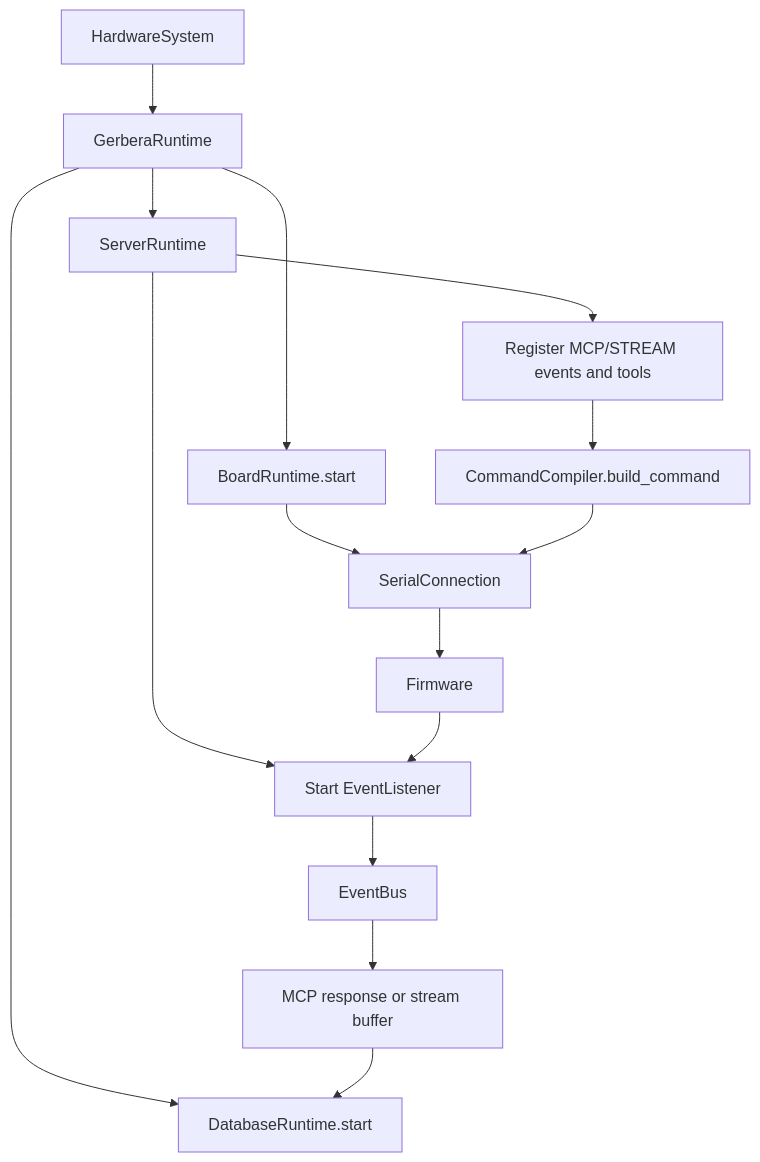
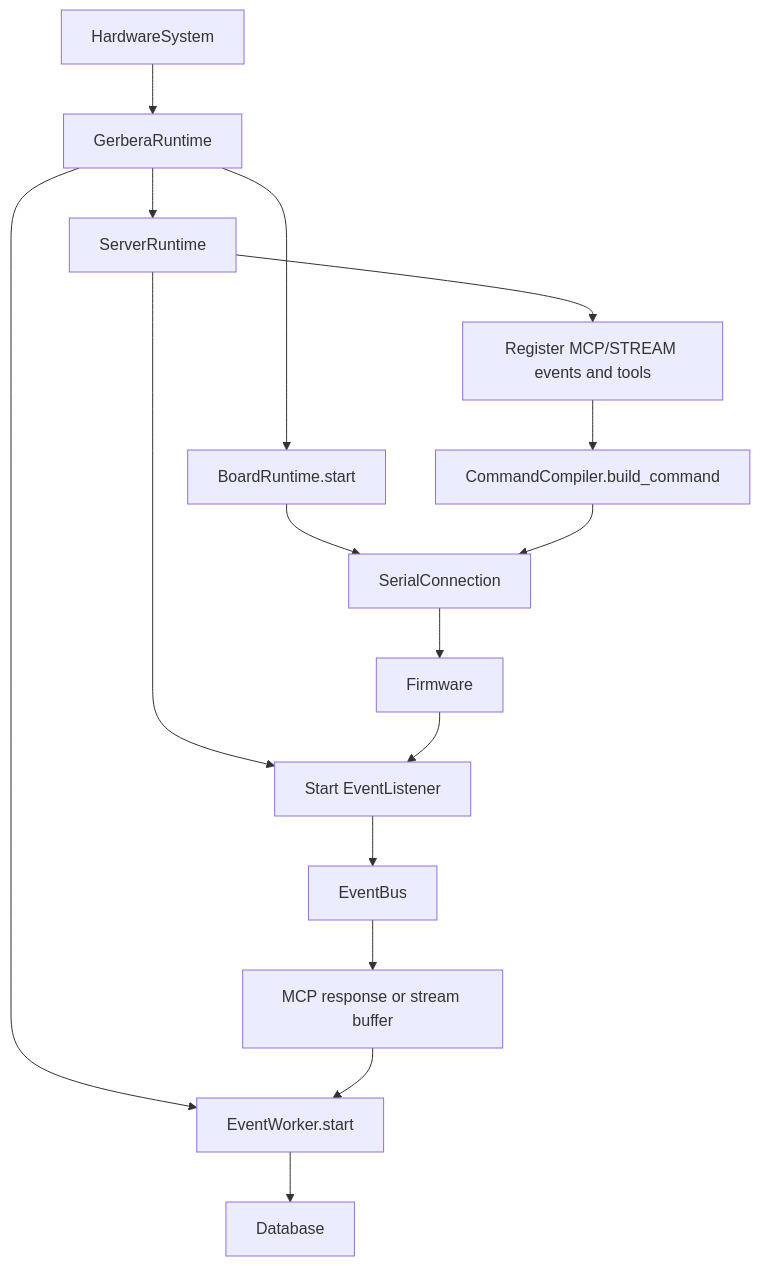
The diagram in src/gerbera_sdk/models/runtime/README.md (BaronLiu1993/gerbera), drawn with Mermaid before and after one commit. The commit also changed other lines of this file and 27 other files, not shown here.

````diff
--- a/src/gerbera_sdk/models/runtime/README.md
+++ b/src/gerbera_sdk/models/runtime/README.md
@@ -73,17 +67,18 @@
 ```mermaid
 flowchart TD
     A[HardwareSystem] --> B[GerberaRuntime]
     B --> C[BoardRuntime.start]
-    B --> D[DatabaseRuntime.start]
+    B --> D[EventWorker.start]
     B --> E[ServerRuntime]
     E --> F[Register MCP/STREAM events and tools]
     E --> G[Start EventListener]
     C --> H[SerialConnection]
     F --> I[CommandCompiler.build_command]
     I --> H
     H --> J[Firmware]
     G --> K[EventBus]
     J --> G
     K --> L[MCP response or stream buffer]
     L --> D
+    D --> M[Database]
 ```
````
